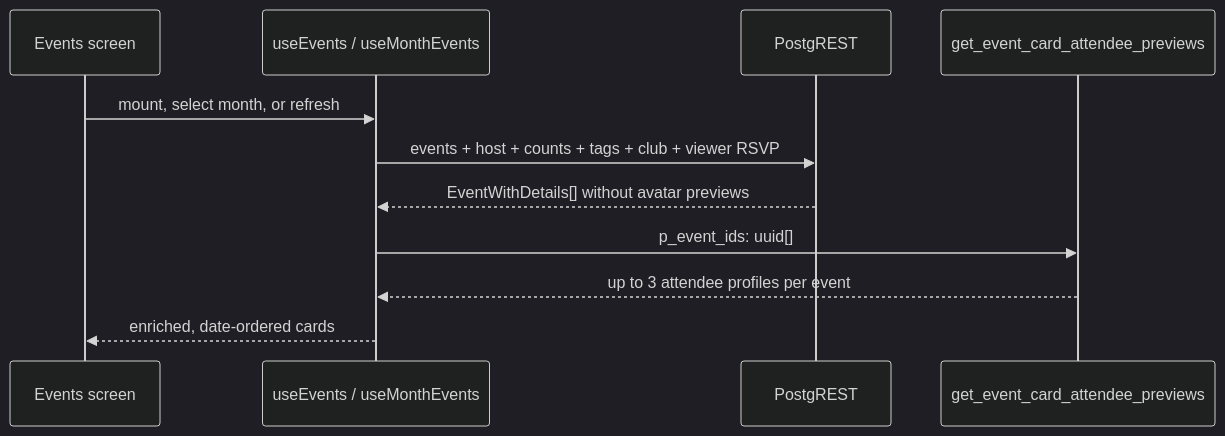
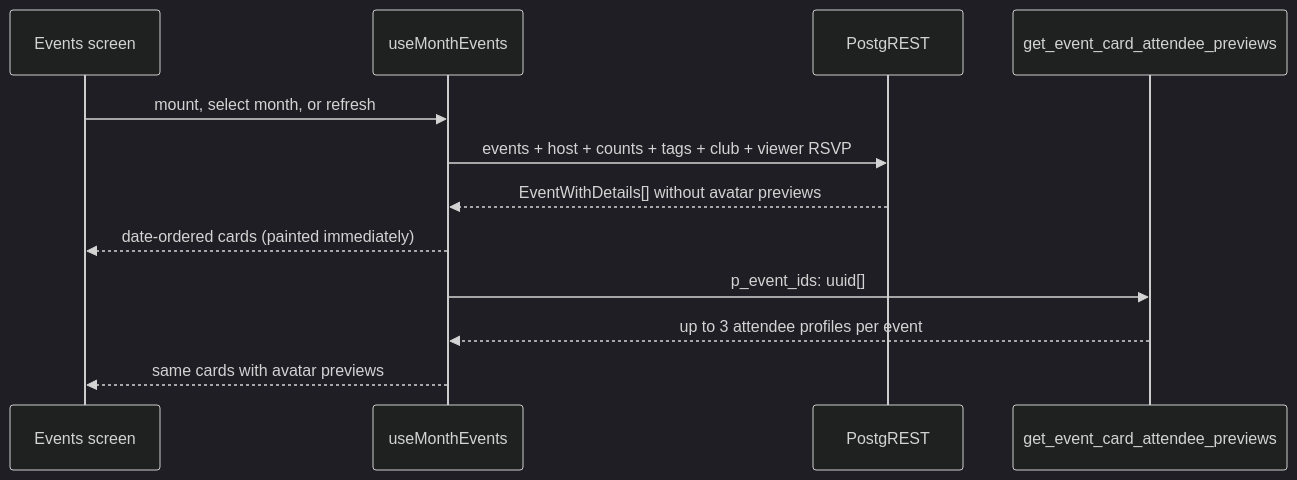
The third of 7 diagrams in docs/request-response-and-data-model.md (bryanw121/vclub), drawn with Mermaid (dark theme) before and after one commit. The commit also changed other lines of this file and 41 other files, not shown here.

````diff
--- a/docs/request-response-and-data-model.md
+++ b/docs/request-response-and-data-model.md
@@ -174,13 +174,14 @@
 ```mermaid
 sequenceDiagram
   participant UI as Events screen
-  participant Hook as useEvents / useMonthEvents
+  participant Hook as useMonthEvents
   participant REST as PostgREST
   participant RPC as get_event_card_attendee_previews
   UI->>Hook: mount, select month, or refresh
   Hook->>REST: events + host + counts + tags + club + viewer RSVP
   REST-->>Hook: EventWithDetails[] without avatar previews
+  Hook-->>UI: date-ordered cards (painted immediately)
   Hook->>RPC: p_event_ids: uuid[]
   RPC-->>Hook: up to 3 attendee profiles per event
-  Hook-->>UI: enriched, date-ordered cards
+  Hook-->>UI: same cards with avatar previews
 ```
````
